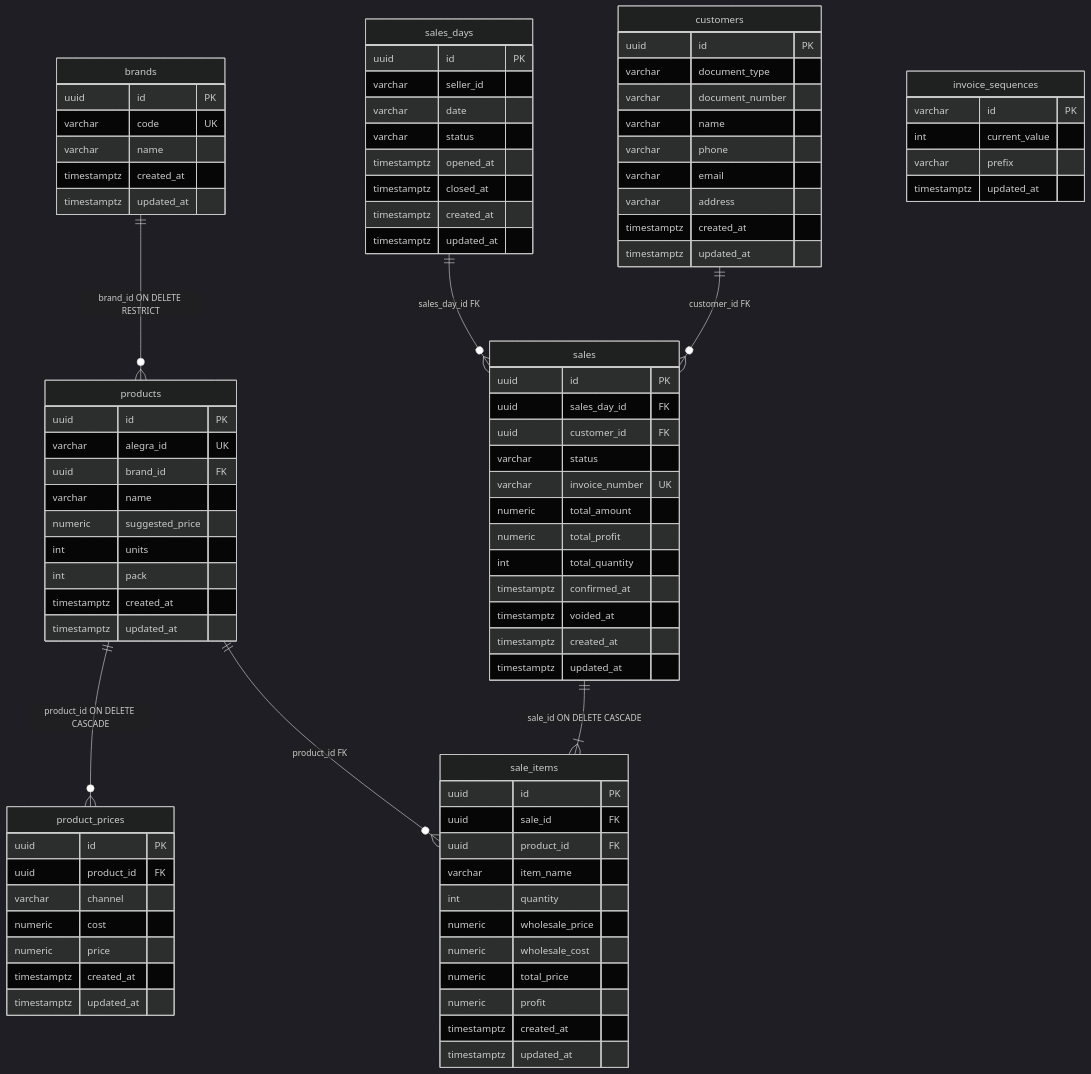
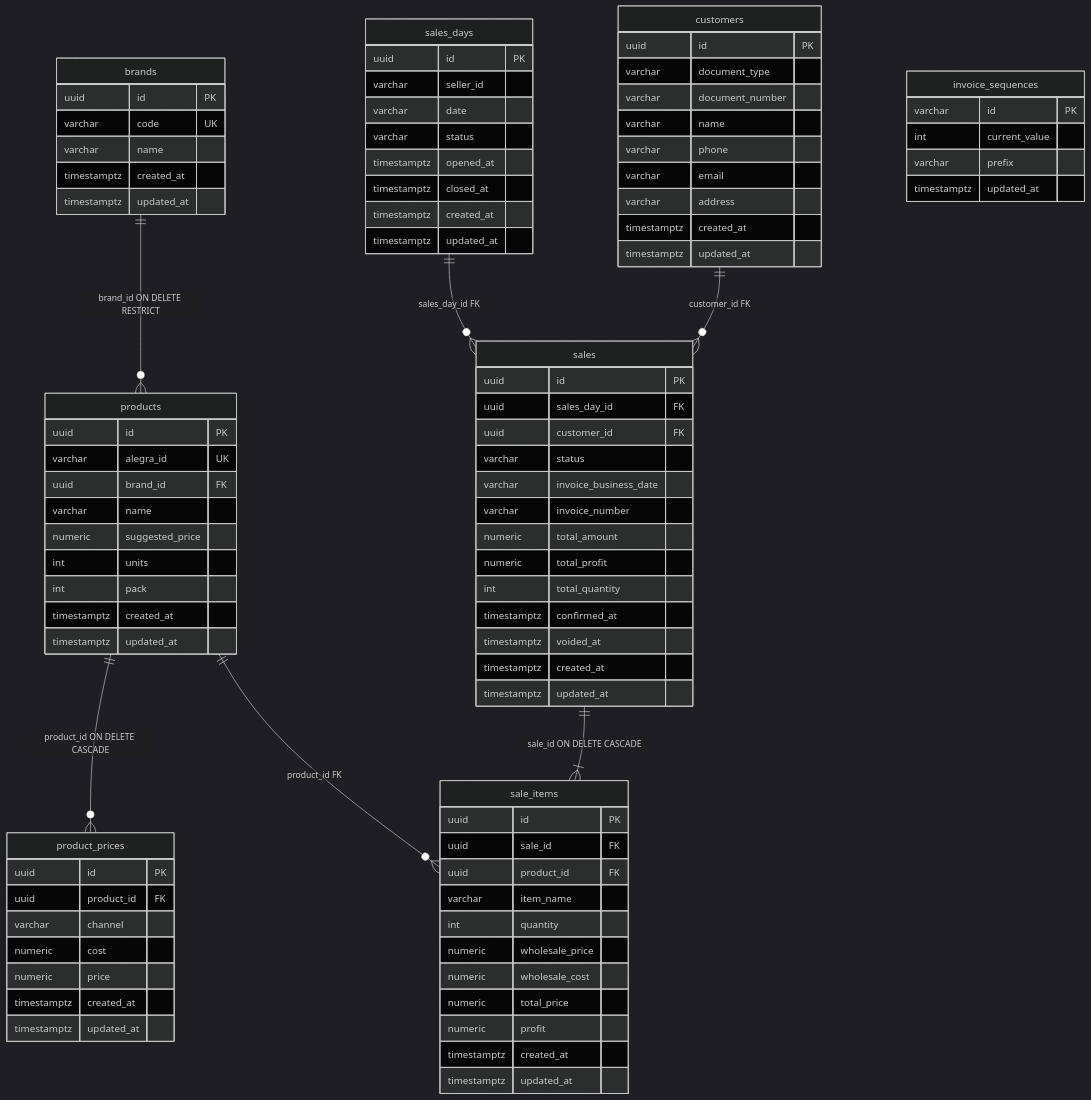
The diagram in docs/data-model/README.md (X01SERYO/prime-sweets-api), drawn with Mermaid (dark theme) before and after one commit. The commit also changed other lines of this file and 20 other files, not shown here.

First line of the commit message:
feat: number invoices per business date

```diff
--- a/docs/data-model/README.md
+++ b/docs/data-model/README.md
@@ -66,7 +66,8 @@
     uuid sales_day_id FK
     uuid customer_id FK
     varchar status
-    varchar invoice_number UK
+    varchar invoice_business_date
+    varchar invoice_number
     numeric total_amount
     numeric total_profit
     int total_quantity
```
